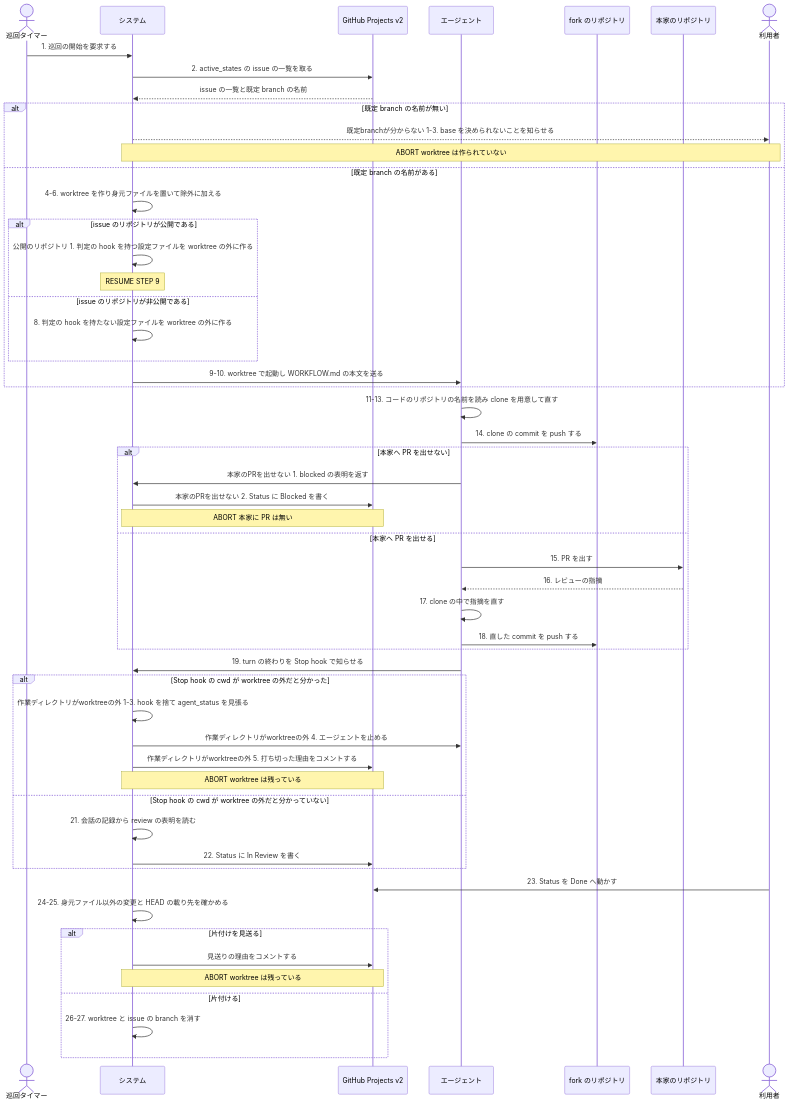
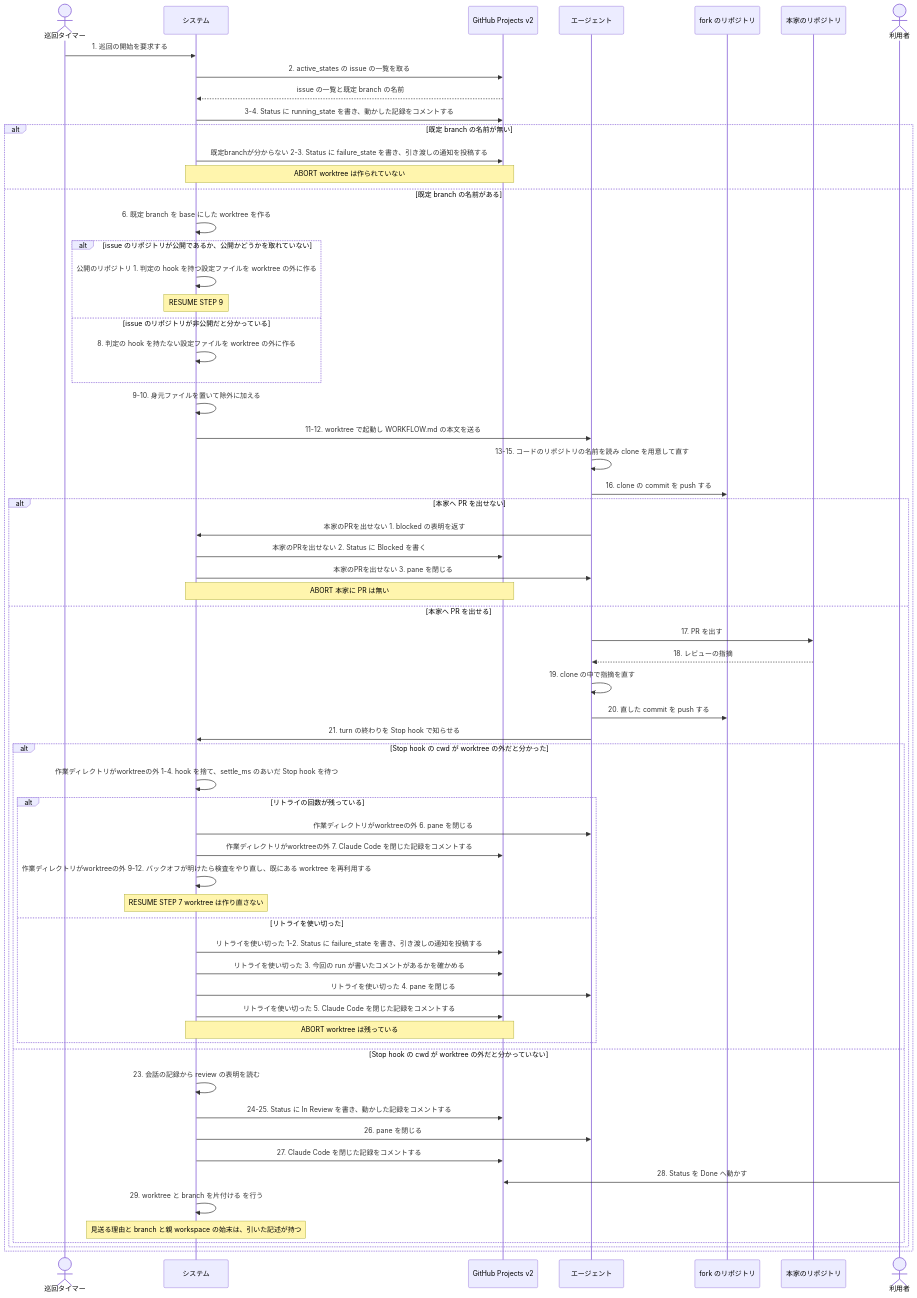
The second of 2 diagrams in docs/spec/usecases/particular_case/本家のリポジトリへ PR を出す.rucm.md (maimuzo/continuo), drawn with Mermaid before and after one commit. The commit also changed other lines of this file and 122 other files, not shown here.

````diff
--- a/docs/spec/usecases/particular_case/本家のリポジトリへ PR を出す.rucm.md
+++ b/docs/spec/usecases/particular_case/本家のリポジトリへ PR を出す.rucm.md
@@ -181,57 +307,66 @@
 ```mermaid
 sequenceDiagram
     actor TIMER as 巡回タイマー
     participant SYS as システム
     participant BOARD as GitHub Projects v2
     participant CC as エージェント
     participant FORK as fork のリポジトリ
     participant UP as 本家のリポジトリ
     actor USER as 利用者
 
     TIMER->>SYS: 1. 巡回の開始を要求する
     SYS->>BOARD: 2. active_states の issue の一覧を取る
     BOARD-->>SYS: issue の一覧と既定 branch の名前
+    SYS->>BOARD: 3-4. Status に running_state を書き、動かした記録をコメントする
     alt 既定 branch の名前が無い
-        SYS-->>USER: 既定branchが分からない 1-3. base を決められないことを知らせる
-        Note over SYS,USER: ABORT worktree は作られていない
+        SYS->>BOARD: 既定branchが分からない 2-3. Status に failure_state を書き、引き渡しの通知を投稿する
+        Note over SYS,BOARD: ABORT worktree は作られていない
     else 既定 branch の名前がある
-        SYS->>SYS: 4-6. worktree を作り身元ファイルを置いて除外に加える
-        alt issue のリポジトリが公開である
+        SYS->>SYS: 6. 既定 branch を base にした worktree を作る
+        alt issue のリポジトリが公開であるか、公開かどうかを取れていない
             SYS->>SYS: 公開のリポジトリ 1. 判定の hook を持つ設定ファイルを worktree の外に作る
             Note over SYS: RESUME STEP 9
-        else issue のリポジトリが非公開である
+        else issue のリポジトリが非公開だと分かっている
             SYS->>SYS: 8. 判定の hook を持たない設定ファイルを worktree の外に作る
         end
-        SYS->>CC: 9-10. worktree で起動し WORKFLOW.md の本文を送る
-    end
-    CC->>CC: 11-13. コードのリポジトリの名前を読み clone を用意して直す
-    CC->>FORK: 14. clone の commit を push する
-    alt 本家へ PR を出せない
-        CC->>SYS: 本家のPRを出せない 1. blocked の表明を返す
-        SYS->>BOARD: 本家のPRを出せない 2. Status に Blocked を書く
-        Note over SYS,BOARD: ABORT 本家に PR は無い
-    else 本家へ PR を出せる
-        CC->>UP: 15. PR を出す
-        UP-->>CC: 16. レビューの指摘
-        CC->>CC: 17. clone の中で指摘を直す
-        CC->>FORK: 18. 直した commit を push する
-    end
-    CC->>SYS: 19. turn の終わりを Stop hook で知らせる
-    alt Stop hook の cwd が worktree の外だと分かった
-        SYS->>SYS: 作業ディレクトリがworktreeの外 1-3. hook を捨て agent_status を見張る
-        SYS->>CC: 作業ディレクトリがworktreeの外 4. エージェントを止める
-        SYS->>BOARD: 作業ディレクトリがworktreeの外 5. 打ち切った理由をコメントする
-        Note over SYS,BOARD: ABORT worktree は残っている
-    else Stop hook の cwd が worktree の外だと分かっていない
-        SYS->>SYS: 21. 会話の記録から review の表明を読む
-        SYS->>BOARD: 22. Status に In Review を書く
-    end
-    USER->>BOARD: 23. Status を Done へ動かす
-    SYS->>SYS: 24-25. 身元ファイル以外の変更と HEAD の載り先を確かめる
-    alt 片付けを見送る
-        SYS->>BOARD: 見送りの理由をコメントする
-        Note over SYS,BOARD: ABORT worktree は残っている
-    else 片付ける
-        SYS->>SYS: 26-27. worktree と issue の branch を消す
+        SYS->>SYS: 9-10. 身元ファイルを置いて除外に加える
+        SYS->>CC: 11-12. worktree で起動し WORKFLOW.md の本文を送る
+        CC->>CC: 13-15. コードのリポジトリの名前を読み clone を用意して直す
+        CC->>FORK: 16. clone の commit を push する
+        alt 本家へ PR を出せない
+            CC->>SYS: 本家のPRを出せない 1. blocked の表明を返す
+            SYS->>BOARD: 本家のPRを出せない 2. Status に Blocked を書く
+            SYS->>CC: 本家のPRを出せない 3. pane を閉じる
+            Note over SYS,BOARD: ABORT 本家に PR は無い
+        else 本家へ PR を出せる
+            CC->>UP: 17. PR を出す
+            UP-->>CC: 18. レビューの指摘
+            CC->>CC: 19. clone の中で指摘を直す
+            CC->>FORK: 20. 直した commit を push する
+            CC->>SYS: 21. turn の終わりを Stop hook で知らせる
+            alt Stop hook の cwd が worktree の外だと分かった
+                SYS->>SYS: 作業ディレクトリがworktreeの外 1-4. hook を捨て、settle_ms のあいだ Stop hook を待つ
+                alt リトライの回数が残っている
+                    SYS->>CC: 作業ディレクトリがworktreeの外 6. pane を閉じる
+                    SYS->>BOARD: 作業ディレクトリがworktreeの外 7. Claude Code を閉じた記録をコメントする
+                    SYS->>SYS: 作業ディレクトリがworktreeの外 9-12. バックオフが明けたら検査をやり直し、既にある worktree を再利用する
+                    Note over SYS: RESUME STEP 7 worktree は作り直さない
+                else リトライを使い切った
+                    SYS->>BOARD: リトライを使い切った 1-2. Status に failure_state を書き、引き渡しの通知を投稿する
+                    SYS->>BOARD: リトライを使い切った 3. 今回の run が書いたコメントがあるかを確かめる
+                    SYS->>CC: リトライを使い切った 4. pane を閉じる
+                    SYS->>BOARD: リトライを使い切った 5. Claude Code を閉じた記録をコメントする
+                    Note over SYS,BOARD: ABORT worktree は残っている
+                end
+            else Stop hook の cwd が worktree の外だと分かっていない
+                SYS->>SYS: 23. 会話の記録から review の表明を読む
+                SYS->>BOARD: 24-25. Status に In Review を書き、動かした記録をコメントする
+                SYS->>CC: 26. pane を閉じる
+                SYS->>BOARD: 27. Claude Code を閉じた記録をコメントする
+                USER->>BOARD: 28. Status を Done へ動かす
+                SYS->>SYS: 29. worktree と branch を片付ける を行う
+                Note over SYS: 見送る理由と branch と親 workspace の始末は、引いた記述が持つ
+            end
+        end
     end
 ```
````
